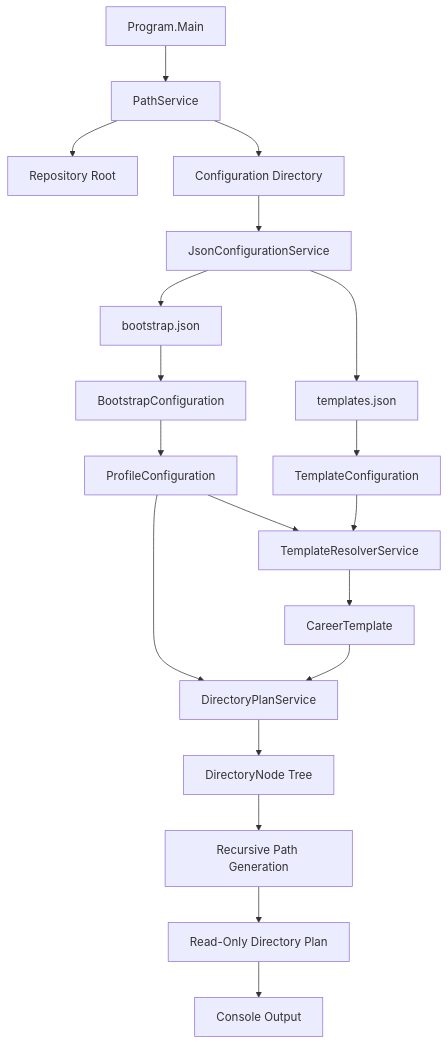
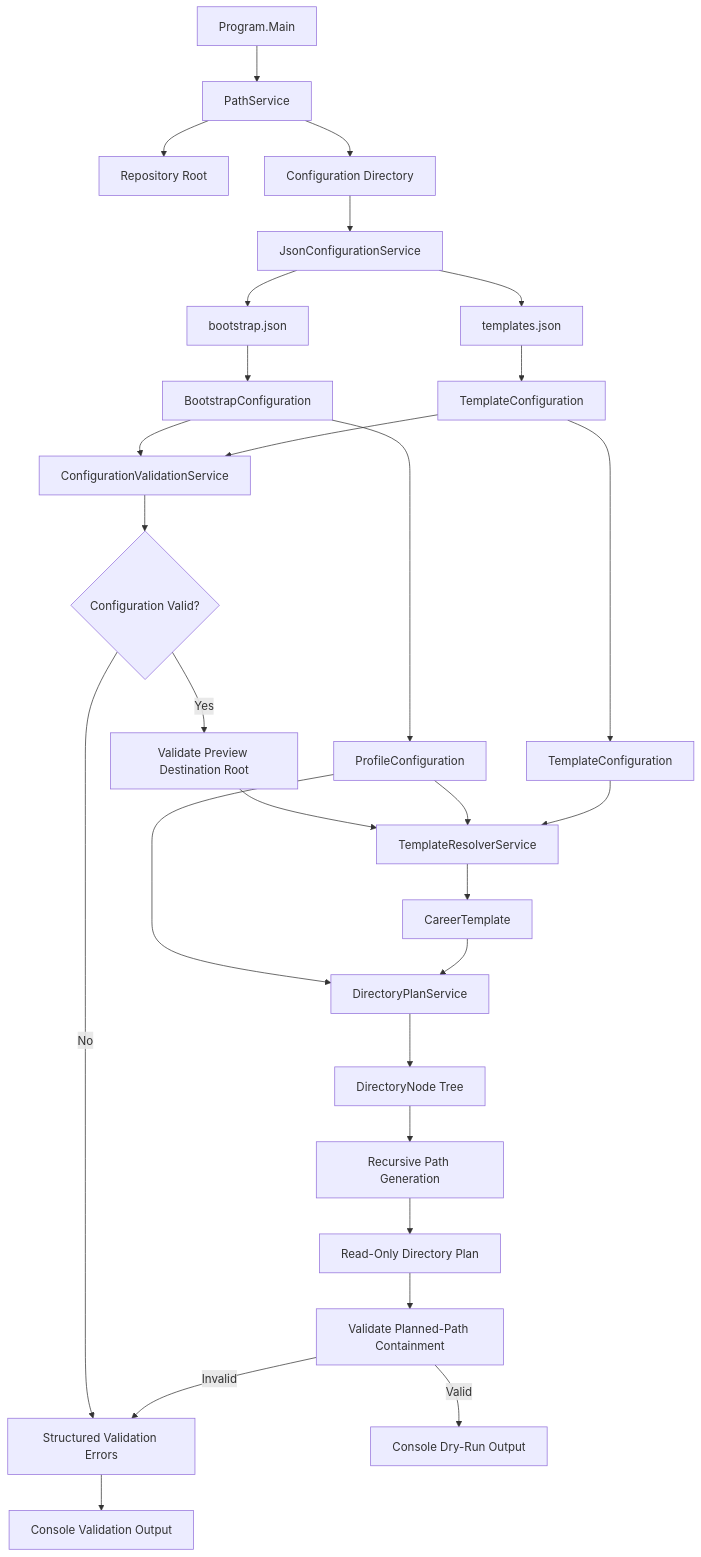
The first of 2 diagrams in Documentation/Architecture/DATA_FLOW.md (ChrisLThompson/CareerOS.Bootstrap), drawn with Mermaid before and after one commit. The commit also changed other lines of this file and 15 other files, not shown here.

````diff
--- a/Documentation/Architecture/DATA_FLOW.md
+++ b/Documentation/Architecture/DATA_FLOW.md
@@ -45,27 +45,40 @@
 ```mermaid
 flowchart TD
     A[Program.Main] --> B[PathService]
     B --> C[Repository Root]
     B --> D[Configuration Directory]
 
     D --> E[JsonConfigurationService]
     E --> F[bootstrap.json]
     E --> G[templates.json]
 
     F --> H[BootstrapConfiguration]
     G --> I[TemplateConfiguration]
 
+    H --> V[ConfigurationValidationService]
+    I --> V
+    V --> VC{Configuration Valid?}
+    VC -->|No| VE[Structured Validation Errors]
+    VE --> R[Console Validation Output]
+
+    VC -->|Yes| VR[Validate Preview Destination Root]
+
     H --> J[ProfileConfiguration]
-    J --> K[TemplateResolverService]
-    I --> K
+    I --> K[TemplateConfiguration]
 
-    K --> L[CareerTemplate]
-    J --> M[DirectoryPlanService]
-    L --> M
+    VR --> L[TemplateResolverService]
+    J --> L
+    K --> L
 
-    M --> N[DirectoryNode Tree]
-    N --> O[Recursive Path Generation]
-    O --> P[Read-Only Directory Plan]
+    L --> M[CareerTemplate]
+    J --> N[DirectoryPlanService]
+    M --> N
 
-    P --> Q[Console Output]
+    N --> O[DirectoryNode Tree]
+    O --> P[Recursive Path Generation]
+    P --> Q[Read-Only Directory Plan]
+
+    Q --> VP[Validate Planned-Path Containment]
+    VP -->|Invalid| VE
+    VP -->|Valid| R2[Console Dry-Run Output]
 ```
````
